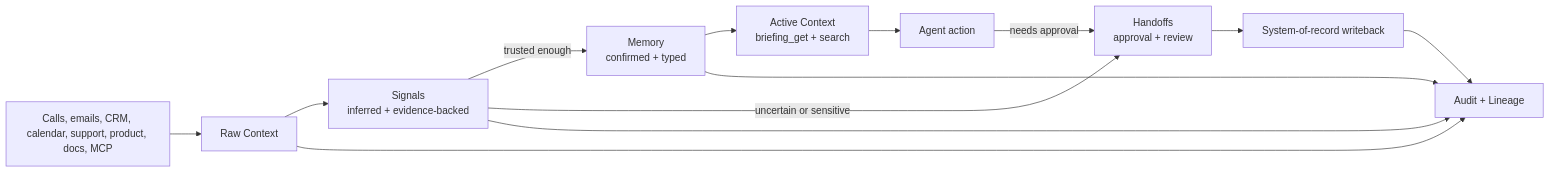
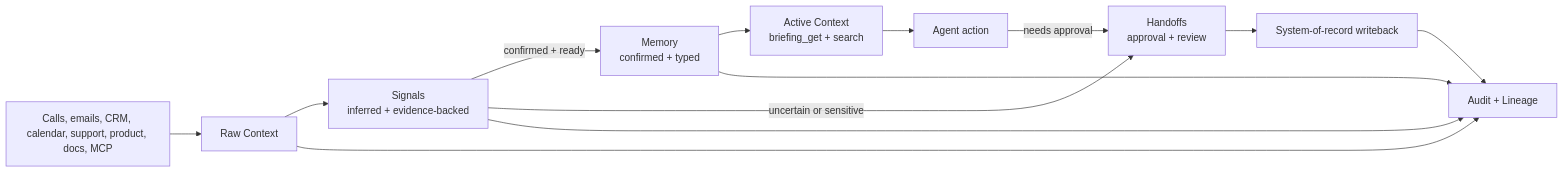
Before and after one commit to crmy-ai/crmy: the diagram in README.md, drawn with Mermaid. The commit also changed other lines of this file and 137 other files, not shown here.

````diff
--- a/README.md
+++ b/README.md
@@ -94,23 +94,23 @@
 ```mermaid
 flowchart LR
   sources["Calls, emails, CRM, calendar, support, product, docs, MCP"]
   raw["Raw Context"]
   signals["Signals\ninferred + evidence-backed"]
   memory["Memory\nconfirmed + typed"]
   active["Active Context\nbriefing_get + search"]
   agent["Agent action"]
   handoff["Handoffs\napproval + review"]
   writeback["System-of-record writeback"]
   audit["Audit + Lineage"]
 
   sources --> raw --> signals
-  signals -->|trusted enough| memory
+  signals -->|confirmed + ready| memory
   signals -->|uncertain or sensitive| handoff
   memory --> active --> agent
   agent -->|needs approval| handoff
   handoff --> writeback
   writeback --> audit
   raw --> audit
   signals --> audit
   memory --> audit
 ```
````
